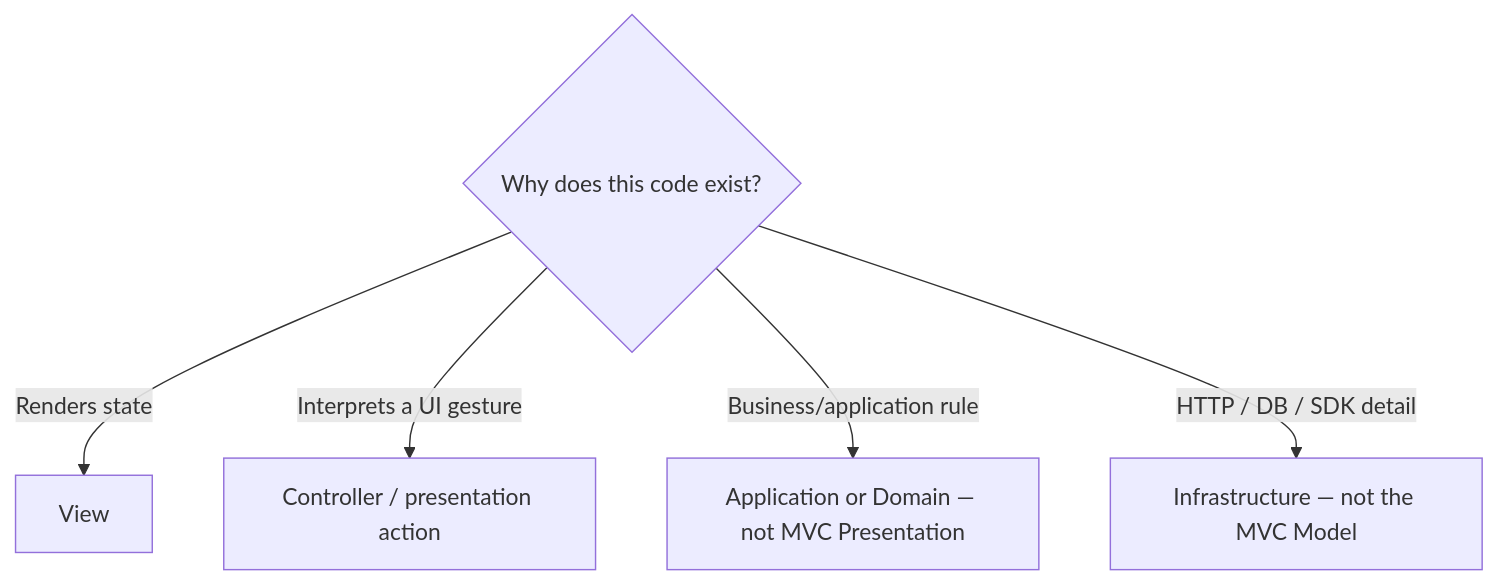
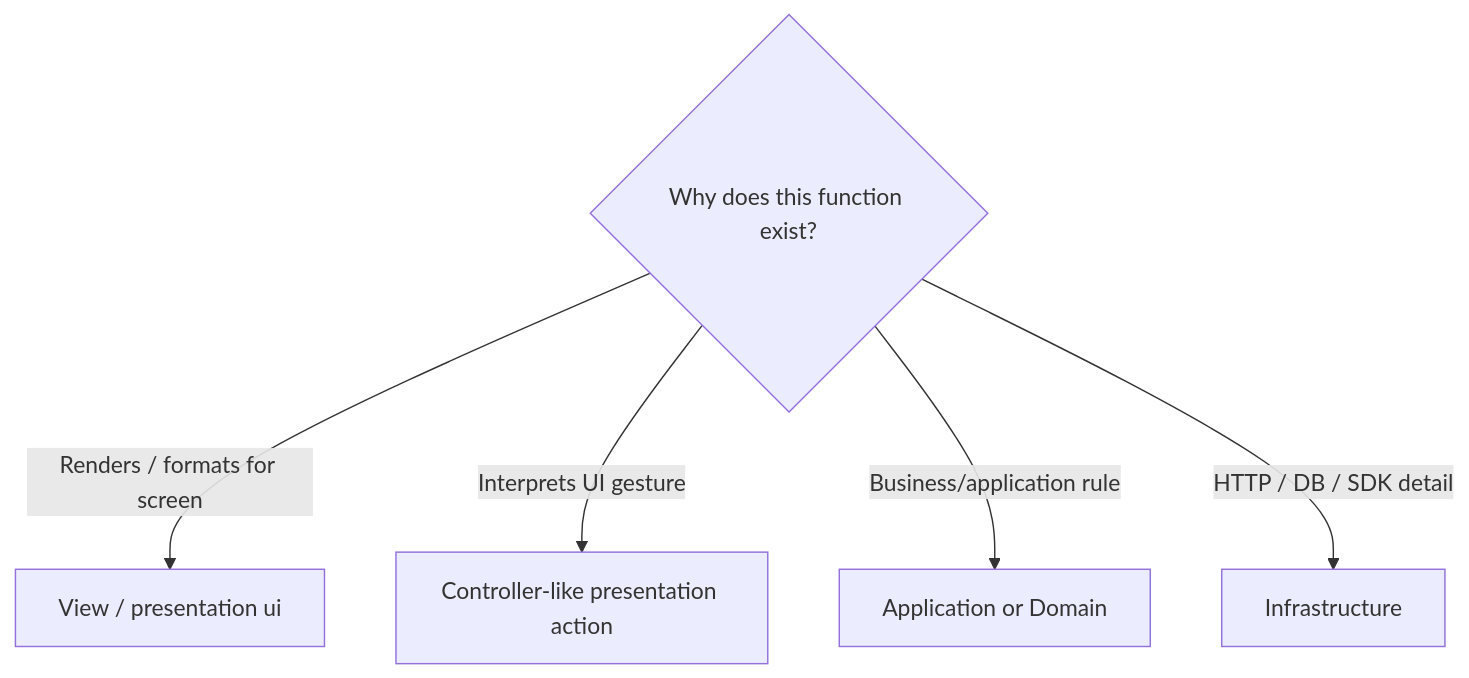
One commit to AndresTaoFlorez/software-architecture changed the fifth of 6 diagrams in model-view-controller/README.md. Above: the diagram before and after it, drawn with Mermaid. The commit also changed other lines of this file and 26 other files, not shown here.

Commit message:
docs: make architecture guides beginner-first and enforce documentation standards

````diff
--- a/model-view-controller/README.md
+++ b/model-view-controller/README.md
@@ -87,8 +142,8 @@
 ```mermaid
 flowchart TD
-    Q{"Why does this code exist?"}
-    Q -->|"Renders state"| V["View"]
-    Q -->|"Interprets a UI gesture"| C["Controller / presentation action"]
-    Q -->|"Business/application rule"| INNER["Application or Domain — not MVC Presentation"]
-    Q -->|"HTTP / DB / SDK detail"| OUTER["Infrastructure — not the MVC Model"]
+    Q{"Why does this function exist?"}
+    Q -->|"Renders / formats for screen"| V["View / presentation ui"]
+    Q -->|"Interprets UI gesture"| C["Controller-like presentation action"]
+    Q -->|"Business/application rule"| INNER["Application or Domain"]
+    Q -->|"HTTP / DB / SDK detail"| I["Infrastructure"]
 ```
````
